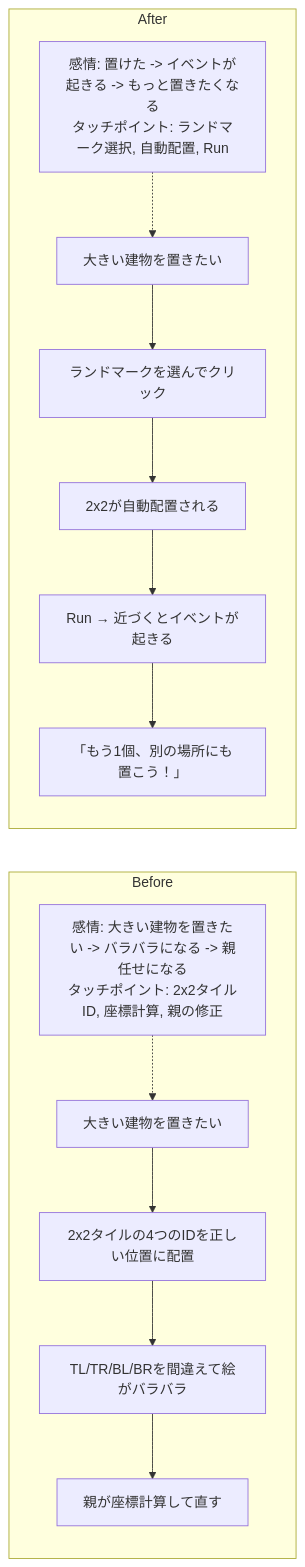
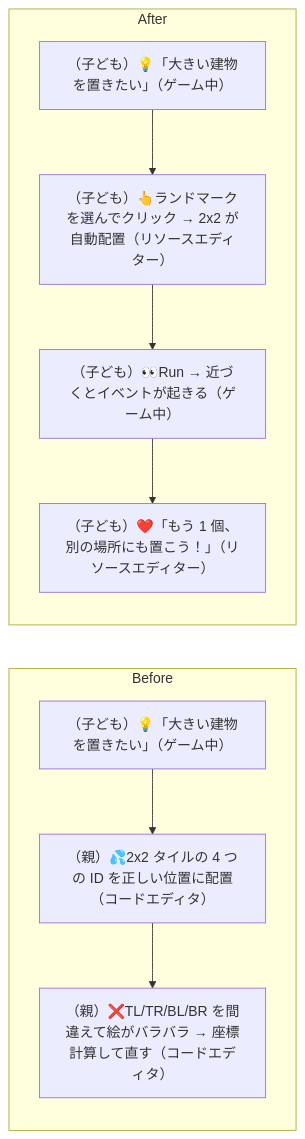
One commit to tatsuro-ueda/code-quest-pyxel changed the seventh of 42 diagrams in docs/customer-journeys.md. Above: the diagram before and after it, drawn with Mermaid. The commit also changed other lines of this file and 20 other files, not shown here.

````diff
--- a/docs/customer-journeys.md
+++ b/docs/customer-journeys.md
@@ -234,18 +223,14 @@
 ```mermaid
 flowchart LR
     subgraph Before["Before"]
-        BM["感情: 大きい建物を置きたい -> バラバラになる -> 親任せになる<br/>タッチポイント: 2x2タイルID, 座標計算, 親の修正"]
-        BM -.-> B1
-        B1[大きい建物を置きたい] --> B2[2x2タイルの4つのIDを正しい位置に配置]
-        B2 --> B3[TL/TR/BL/BRを間違えて絵がバラバラ]
-        B3 --> B4[親が座標計算して直す]
+        B1[（子ども）💡「大きい建物を置きたい」（ゲーム中）]
+        B1 --> B2[（親）💦2x2 タイルの 4 つの ID を正しい位置に配置（コードエディタ）]
+        B2 --> B3[（親）❌TL/TR/BL/BR を間違えて絵がバラバラ → 座標計算して直す（コードエディタ）]
     end
     subgraph After["After"]
-        AM["感情: 置けた -> イベントが起きる -> もっと置きたくなる<br/>タッチポイント: ランドマーク選択, 自動配置, Run"]
-        AM -.-> A1
-        A1[大きい建物を置きたい] --> A2[ランドマークを選んでクリック]
-        A2 --> A3[2x2が自動配置される]
-        A3 --> A4[Run → 近づくとイベントが起きる]
-        A4 --> A5[「もう1個、別の場所にも置こう！」]
+        A1[（子ども）💡「大きい建物を置きたい」（ゲーム中）]
+        A1 --> A2[（子ども）👆ランドマークを選んでクリック → 2x2 が自動配置（リソースエディター）]
+        A2 --> A3[（子ども）👀Run → 近づくとイベントが起きる（ゲーム中）]
+        A3 --> A4[（子ども）❤️「もう 1 個、別の場所にも置こう！」（リソースエディター）]
     end
 ```
````
